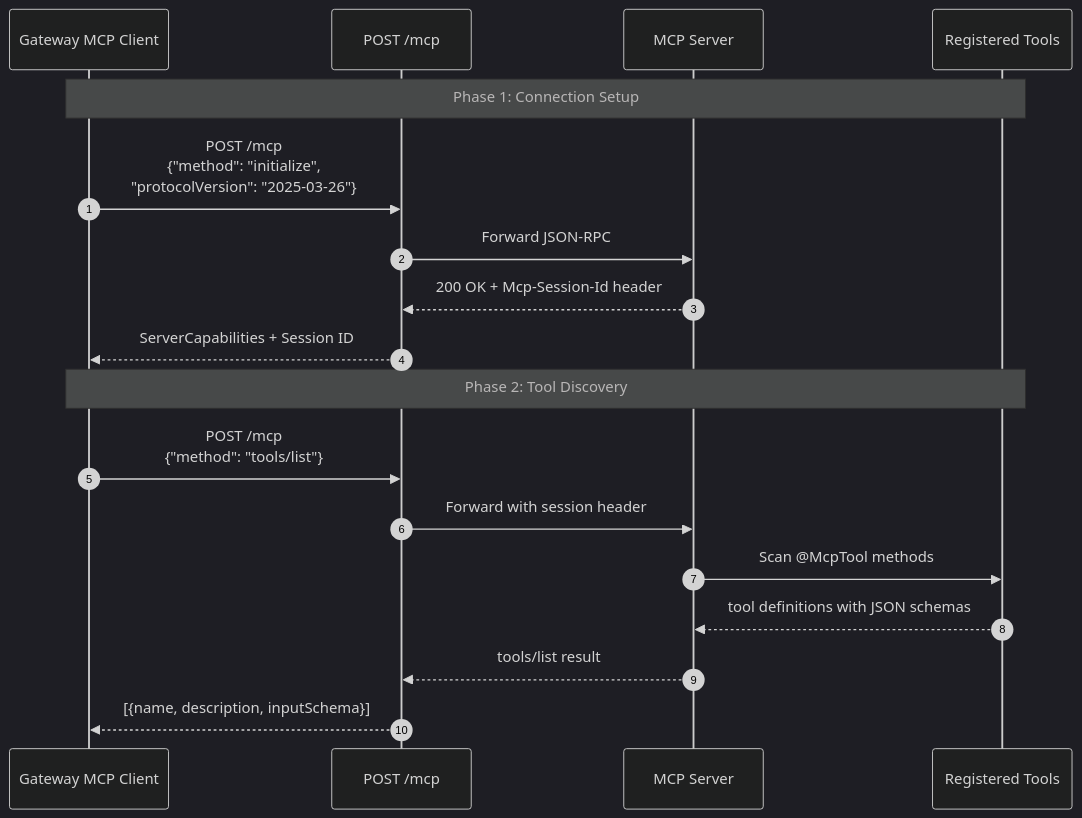
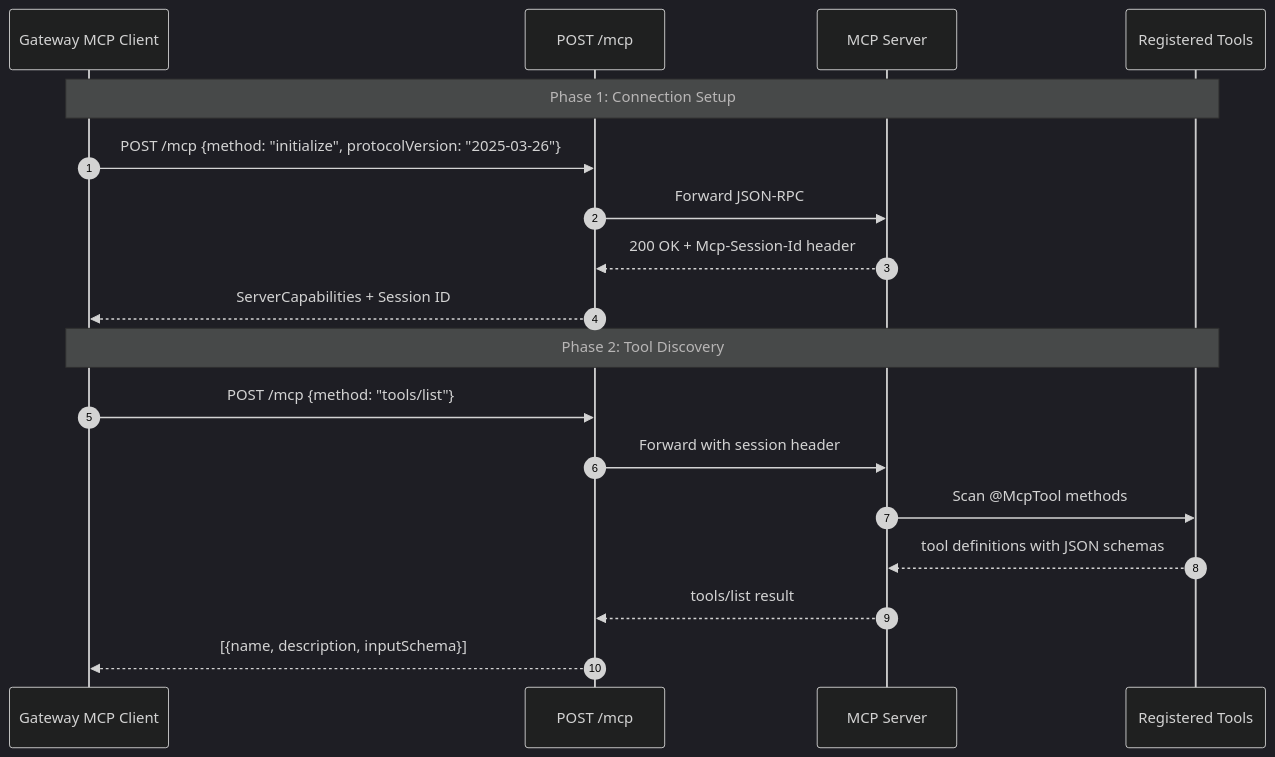
Diagram 11 of 16 in docs/ARCHITECTURE_V2.md (rajashashankmuppirala/mcp-poc), drawn with Mermaid (dark theme) before and after one commit. The commit also changed other lines of this file, not shown here.

````diff
--- a/docs/ARCHITECTURE_V2.md
+++ b/docs/ARCHITECTURE_V2.md
@@ -540,22 +566,22 @@
 ```mermaid
 sequenceDiagram
     autonumber
     participant Client as Gateway MCP Client
     participant Transport as POST /mcp
     participant Server as MCP Server
     participant Tools as Registered Tools
 
     Note over Client,Tools: Phase 1: Connection Setup
-    Client->>Transport: POST /mcp<br/>{"method": "initialize",<br/>"protocolVersion": "2025-03-26"}
+    Client->>Transport: POST /mcp {method: "initialize", protocolVersion: "2025-03-26"}
     Transport->>Server: Forward JSON-RPC
     Server-->>Transport: 200 OK + Mcp-Session-Id header
     Transport-->>Client: ServerCapabilities + Session ID
 
     Note over Client,Tools: Phase 2: Tool Discovery
-    Client->>Transport: POST /mcp<br/>{"method": "tools/list"}
+    Client->>Transport: POST /mcp {method: "tools/list"}
     Transport->>Server: Forward with session header
     Server->>Tools: Scan @McpTool methods
     Tools-->>Server: tool definitions with JSON schemas
     Server-->>Transport: tools/list result
     Transport-->>Client: [{name, description, inputSchema}]
 ```
````
